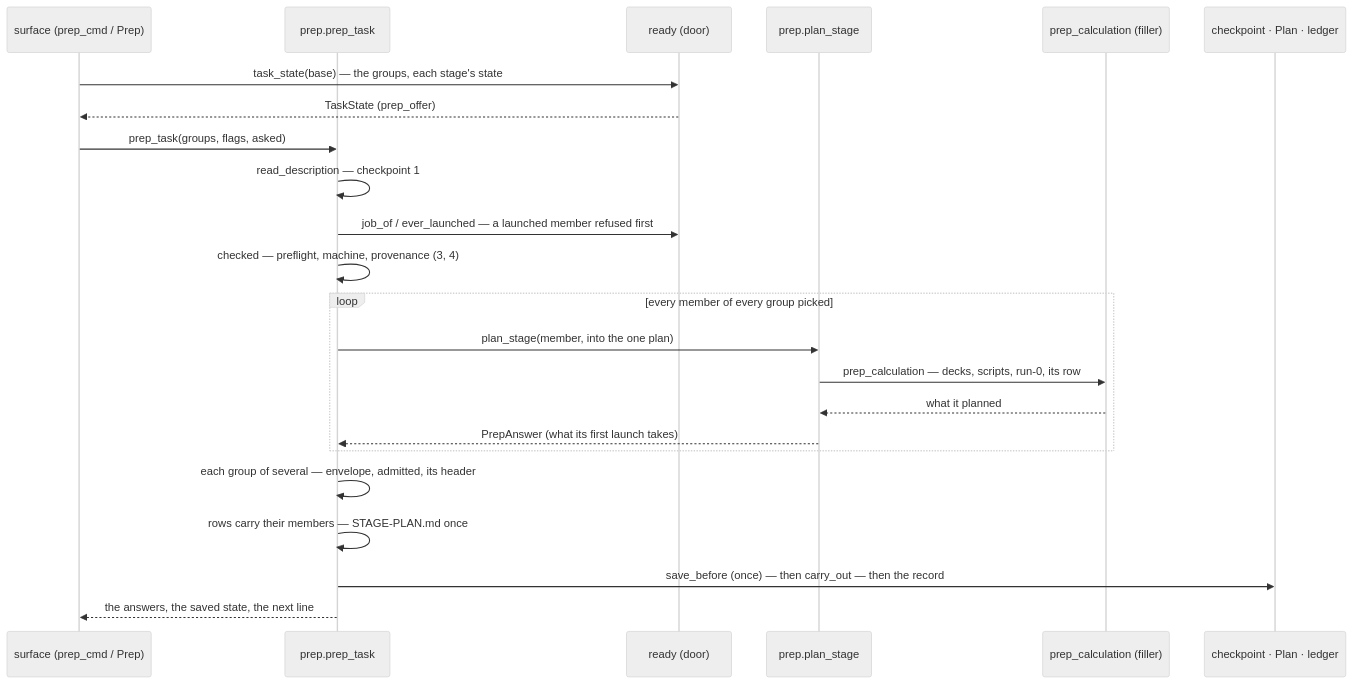
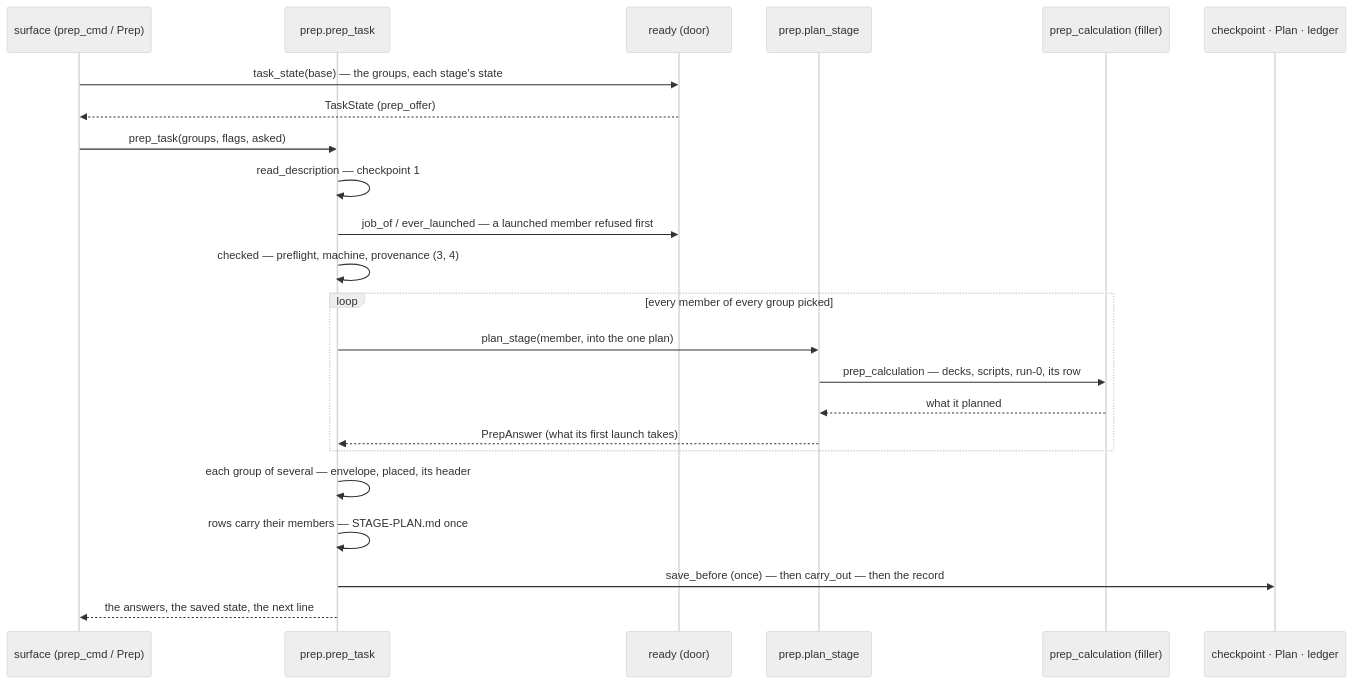
Before and after one commit to Qing-LAB/molbuilder: diagram 18 of 19 in docs/execution/job-system.md, drawn with Mermaid (neutral theme). The commit also changed other lines of this file and 66 other files, not shown here.

````diff
--- a/docs/execution/job-system.md
+++ b/docs/execution/job-system.md
@@ -2994,25 +3007,25 @@
 ```mermaid
 sequenceDiagram
     participant S as surface (prep_cmd / Prep)
     participant E as prep.prep_task
     participant R as ready (door)
     participant P as prep.plan_stage
     participant F as prep_calculation (filler)
     participant X as checkpoint · Plan · ledger
     S->>R: task_state(base) — the groups, each stage's state
     R-->>S: TaskState (prep_offer)
     S->>E: prep_task(groups, flags, asked)
     E->>E: read_description — checkpoint 1
     E->>R: job_of / ever_launched — a launched member refused first
     E->>E: checked — preflight, machine, provenance (3, 4)
     loop every member of every group picked
         E->>P: plan_stage(member, into the one plan)
         P->>F: prep_calculation — decks, scripts, run-0, its row
         F-->>P: what it planned
         P-->>E: PrepAnswer (what its first launch takes)
     end
-    E->>E: each group of several — envelope, admitted, its header
+    E->>E: each group of several — envelope, placed, its header
     E->>E: rows carry their members — STAGE-PLAN.md once
     E->>X: save_before (once) — then carry_out — then the record
     E-->>S: the answers, the saved state, the next line
 ```
````
